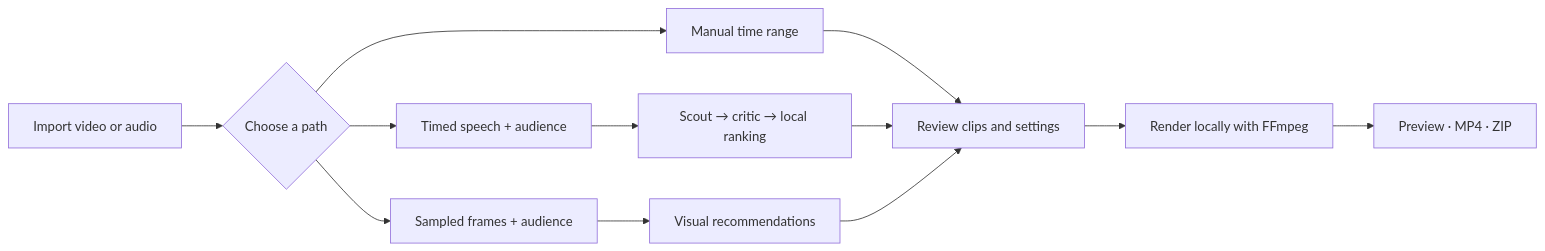
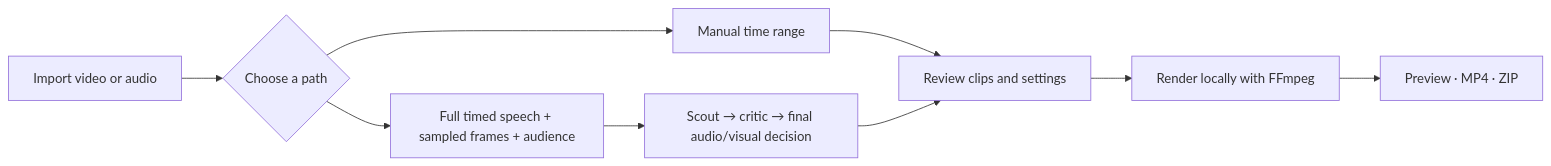
The diagram in README.md (Adnr7/clipforge), drawn with Mermaid before and after one commit. The commit also changed other lines of this file and 35 other files, not shown here.

````diff
--- a/README.md
+++ b/README.md
@@ -89,14 +89,11 @@
 ```mermaid
 flowchart LR
   A[Import video or audio] --> B{Choose a path}
   B --> C[Manual time range]
-  B --> D[Timed speech + audience]
-  B --> E[Sampled frames + audience]
-  D --> F[Scout → critic → local ranking]
-  E --> G[Visual recommendations]
+  B --> D[Full timed speech + sampled frames + audience]
+  D --> F[Scout → critic → final audio/visual decision]
   C --> H[Review clips and settings]
   F --> H
-  G --> H
   H --> I[Render locally with FFmpeg]
   I --> J[Preview · MP4 · ZIP]
 ```
````
